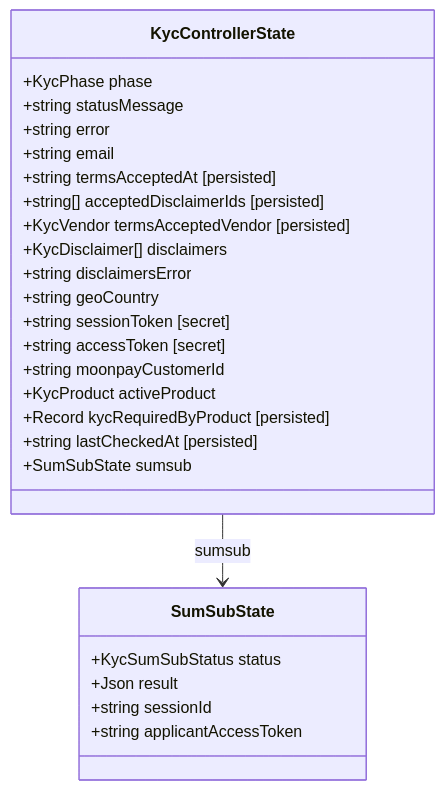
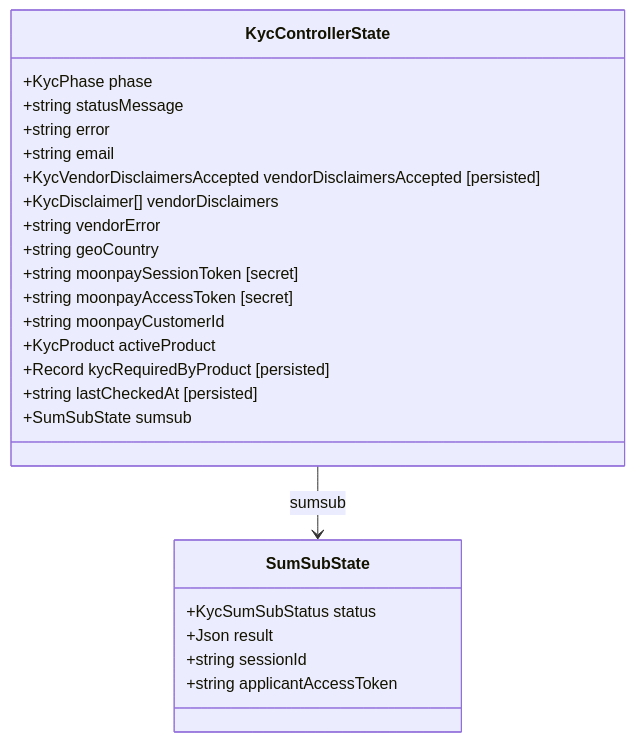
Before and after one commit to MetaMask/core: the second of 10 diagrams in packages/kyc-controller/ARCHITECTURE.md, drawn with Mermaid. The commit also changed other lines of this file and 9 other files, not shown here.

````diff
--- a/packages/kyc-controller/ARCHITECTURE.md
+++ b/packages/kyc-controller/ARCHITECTURE.md
@@ -173,29 +173,27 @@
 ```mermaid
 classDiagram
     class KycControllerState {
         +KycPhase phase
         +string statusMessage
         +string error
         +string email
-        +string termsAcceptedAt [persisted]
-        +string[] acceptedDisclaimerIds [persisted]
-        +KycVendor termsAcceptedVendor [persisted]
-        +KycDisclaimer[] disclaimers
-        +string disclaimersError
+        +KycVendorDisclaimersAccepted vendorDisclaimersAccepted [persisted]
+        +KycDisclaimer[] vendorDisclaimers
+        +string vendorError
         +string geoCountry
-        +string sessionToken [secret]
-        +string accessToken [secret]
+        +string moonpaySessionToken [secret]
+        +string moonpayAccessToken [secret]
         +string moonpayCustomerId
         +KycProduct activeProduct
         +Record kycRequiredByProduct [persisted]
         +string lastCheckedAt [persisted]
         +SumSubState sumsub
     }
     class SumSubState {
         +KycSumSubStatus status
         +Json result
         +string sessionId
         +string applicantAccessToken
     }
     KycControllerState --> SumSubState : sumsub
 ```
````
